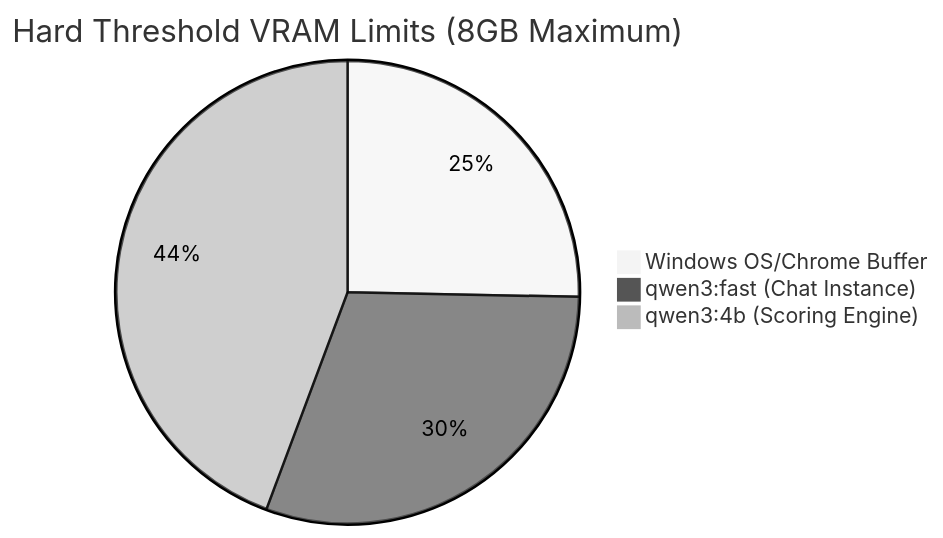
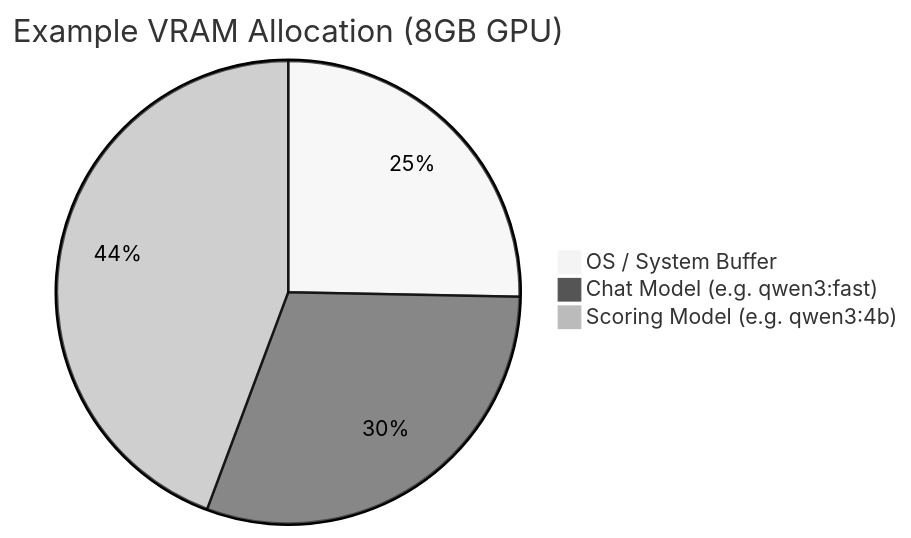
Before and after one commit to ArPaN-DS/JobScout-lite: the third of 3 diagrams in DATA_FLOW.md, drawn with Mermaid (neutral theme). The commit also changed other lines of this file and 6 other files, not shown here.

````diff
--- a/DATA_FLOW.md
+++ b/DATA_FLOW.md
@@ -88,6 +88,6 @@
 ```mermaid
-pie title Hard Threshold VRAM Limits (8GB Maximum)
-    "Windows OS/Chrome Buffer" : 2
-    "qwen3:fast (Chat Instance)" : 2.4
-    "qwen3:4b (Scoring Engine)" : 3.5
+pie title Example VRAM Allocation (8GB GPU)
+    "OS / System Buffer" : 2
+    "Chat Model (e.g. qwen3:fast)" : 2.4
+    "Scoring Model (e.g. qwen3:4b)" : 3.5
 ```
````
